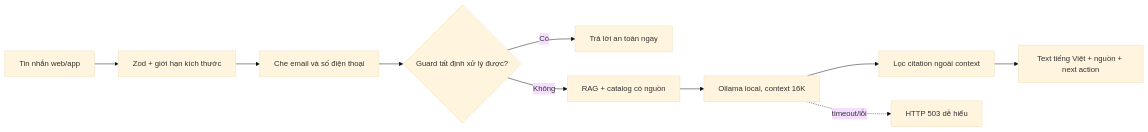
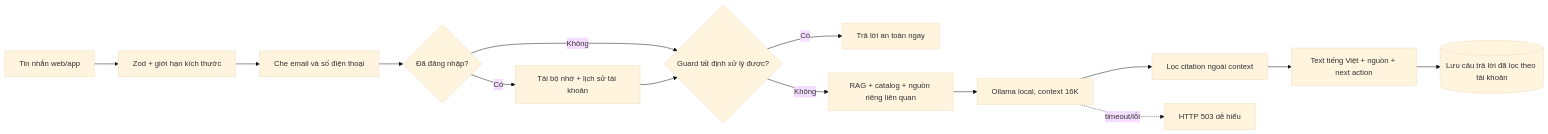
One commit to minhnhatdepzai/HOSTORA-AI changed the second of 4 diagrams in README.md. Above: the diagram before and after it, drawn with Mermaid (base theme). The commit also changed other lines of this file and 51 other files, not shown here.

````diff
--- a/README.md
+++ b/README.md
@@ -126,12 +126,16 @@
 ```mermaid
 flowchart LR
     A[Tin nhắn web/app] --> B[Zod + giới hạn kích thước]
     B --> C[Che email và số điện thoại]
-    C --> D{Guard tất định xử lý được?}
+    C --> M{Đã đăng nhập?}
+    M -- Có --> N[Tải bộ nhớ + lịch sử tài khoản]
+    M -- Không --> D
+    N --> D{Guard tất định xử lý được?}
     D -- Có --> E[Trả lời an toàn ngay]
-    D -- Không --> F[RAG + catalog có nguồn]
+    D -- Không --> F[RAG + catalog + nguồn riêng liên quan]
     F --> G[Ollama local, context 16K]
     G --> H[Lọc citation ngoài context]
     H --> I[Text tiếng Việt + nguồn + next action]
+    I --> L[(Lưu câu trả lời đã lọc theo tài khoản)]
     G -. timeout/lỗi .-> J[HTTP 503 dễ hiểu]
 ```
````
